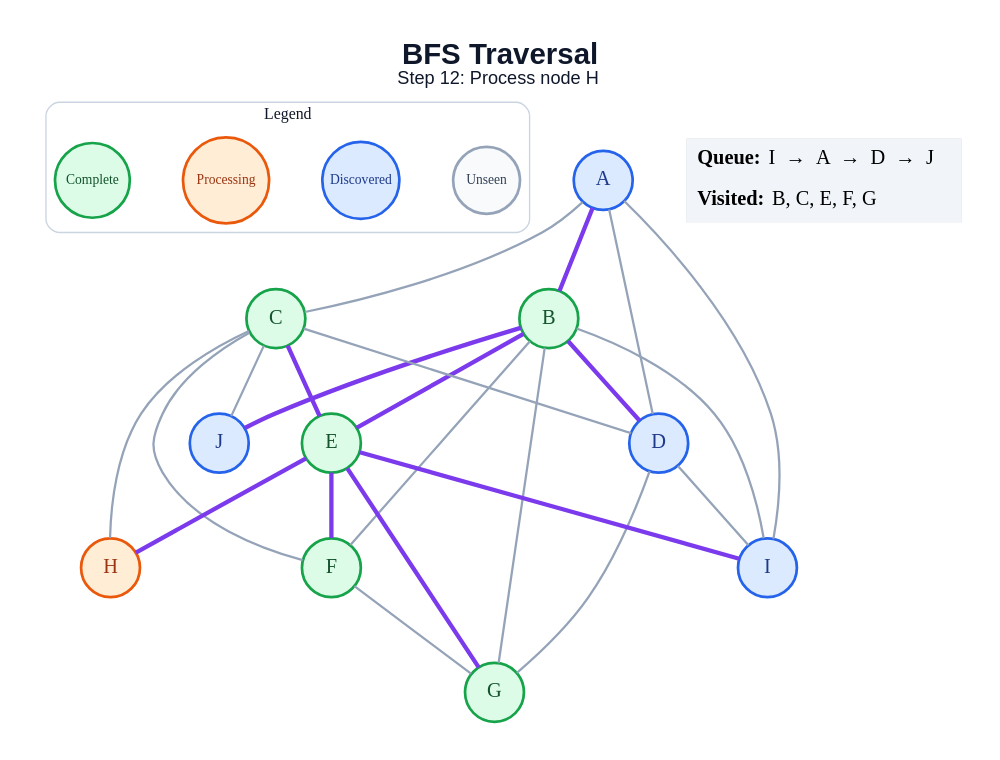
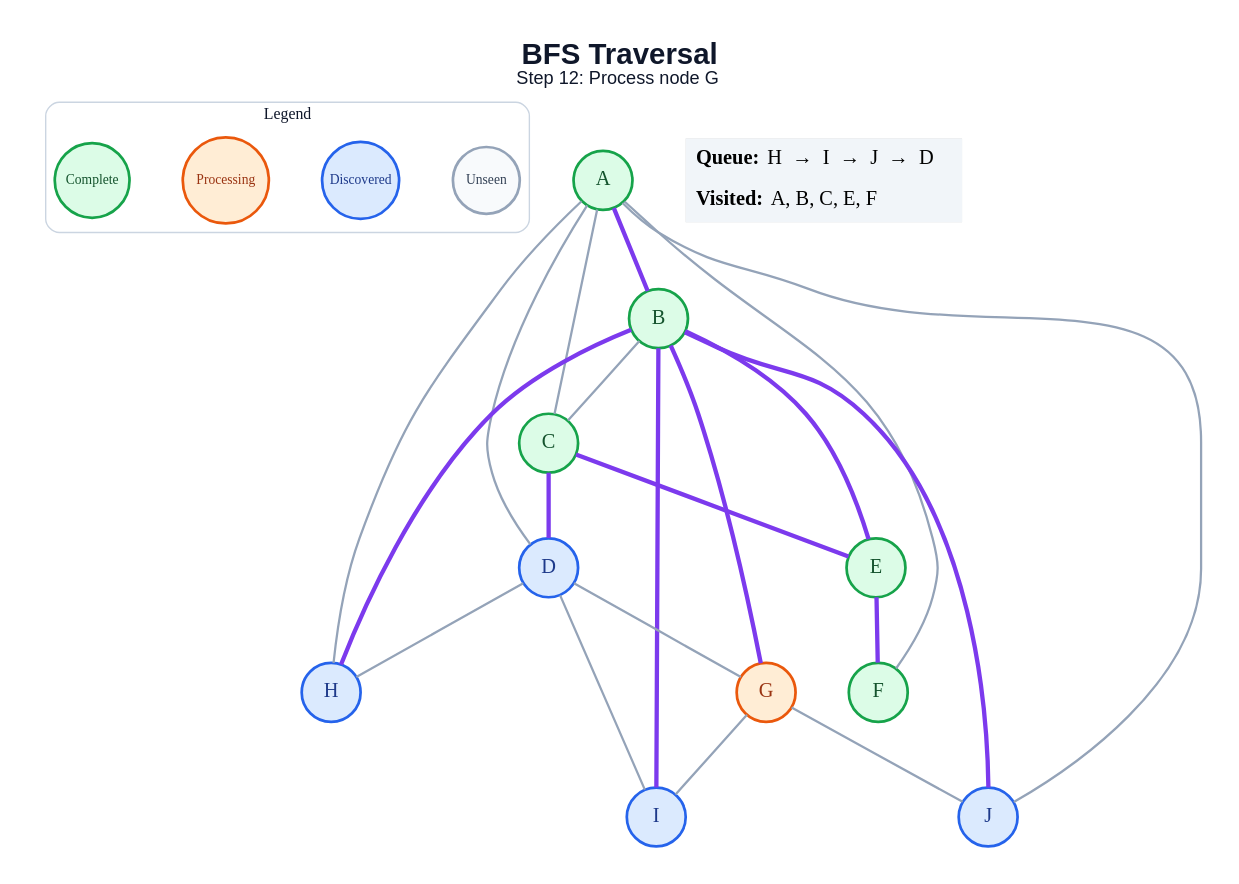
Before and after one commit to amanghodawala9/ai-slop: the diagram in generated/specific-node/bfs/step_12.dot, drawn with Graphviz. The commit also changed 178 other files, not shown here.

```diff
--- a/generated/specific-node/bfs/step_12.dot
+++ b/generated/specific-node/bfs/step_12.dot
@@ -1,51 +1,49 @@
 graph traversal {
   graph [layout=dot, rankdir=TB, bgcolor="#FFFFFF", pad="0.35", nodesep="0.65", ranksep="0.8", fontname="Arial"];
   node [shape=circle, style="filled", fontname="Arial Bold", fontsize=18, width=0.72, fixedsize=true, penwidth=2.4];
   edge [color="#94A3B8", penwidth=2.0];
-  label=<<B>BFS Traversal</B><BR/><FONT POINT-SIZE="16">Step 12: Process node H</FONT>>; labelloc="t"; fontsize=26; fontname="Arial"; fontcolor="#0F172A";
+  label=<<B>BFS Traversal</B><BR/><FONT POINT-SIZE="16">Step 12: Process node G</FONT>>; labelloc="t"; fontsize=26; fontname="Arial"; fontcolor="#0F172A";
   subgraph cluster_legend { label="Legend"; color="#CBD5E1"; penwidth=1.2; style="rounded"; fontsize=14; fontname="Arial Bold";
     key_unseen [label="Unseen", fillcolor="#F8FAFC", color="#94A3B8", fontcolor="#334155", fontsize=12, width=0.82];
     key_frontier [label="Discovered", fillcolor="#DBEAFE", color="#2563EB", fontcolor="#1E3A8A", fontsize=12, width=0.95];
     key_current [label="Processing", fillcolor="#FFEDD5", color="#EA580C", fontcolor="#9A3412", fontsize=12, width=1.05];
     key_done [label="Complete", fillcolor="#DCFCE7", color="#16A34A", fontcolor="#14532D", fontsize=12, width=0.92];
     { rank=same; key_unseen; key_frontier; key_current; key_done; }
   }
-  A [fillcolor="#DBEAFE", color="#2563EB", fontcolor="#1E3A8A"];
+  A [fillcolor="#DCFCE7", color="#16A34A", fontcolor="#14532D"];
   B [fillcolor="#DCFCE7", color="#16A34A", fontcolor="#14532D"];
   C [fillcolor="#DCFCE7", color="#16A34A", fontcolor="#14532D"];
   D [fillcolor="#DBEAFE", color="#2563EB", fontcolor="#1E3A8A"];
   E [fillcolor="#DCFCE7", color="#16A34A", fontcolor="#14532D"];
   F [fillcolor="#DCFCE7", color="#16A34A", fontcolor="#14532D"];
-  G [fillcolor="#DCFCE7", color="#16A34A", fontcolor="#14532D"];
-  H [fillcolor="#FFEDD5", color="#EA580C", fontcolor="#9A3412"];
+  G [fillcolor="#FFEDD5", color="#EA580C", fontcolor="#9A3412"];
+  H [fillcolor="#DBEAFE", color="#2563EB", fontcolor="#1E3A8A"];
   I [fillcolor="#DBEAFE", color="#2563EB", fontcolor="#1E3A8A"];
   J [fillcolor="#DBEAFE", color="#2563EB", fontcolor="#1E3A8A"];
   A -- B [color="#7C3AED", penwidth=3.8];
   A -- C;
   A -- D;
-  A -- I;
-  B -- D [color="#7C3AED", penwidth=3.8];
+  A -- F;
+  A -- H;
+  A -- J;
+  B -- C;
   B -- E [color="#7C3AED", penwidth=3.8];
-  B -- F;
-  B -- G;
-  B -- I;
+  B -- G [color="#7C3AED", penwidth=3.8];
+  B -- H [color="#7C3AED", penwidth=3.8];
+  B -- I [color="#7C3AED", penwidth=3.8];
   B -- J [color="#7C3AED", penwidth=3.8];
-  C -- D;
+  C -- D [color="#7C3AED", penwidth=3.8];
   C -- E [color="#7C3AED", penwidth=3.8];
-  C -- F;
-  C -- H;
-  C -- J;
   D -- G;
+  D -- H;
   D -- I;
   E -- F [color="#7C3AED", penwidth=3.8];
-  E -- G [color="#7C3AED", penwidth=3.8];
-  E -- H [color="#7C3AED", penwidth=3.8];
-  E -- I [color="#7C3AED", penwidth=3.8];
-  F -- G;
+  G -- I;
+  G -- J;
   status [shape=plain, fixedsize=false, width=0, height=0, margin=0, label=<
     <TABLE BORDER="0" CELLBORDER="0" CELLPADDING="7" BGCOLOR="#F1F5F9">
-      <TR><TD ALIGN="LEFT"><B>Queue:</B> I  →  A  →  D  →  J</TD></TR>
-      <TR><TD ALIGN="LEFT"><B>Visited:</B> B, C, E, F, G</TD></TR>
+      <TR><TD ALIGN="LEFT"><B>Queue:</B> H  →  I  →  J  →  D</TD></TR>
+      <TR><TD ALIGN="LEFT"><B>Visited:</B> A, B, C, E, F</TD></TR>
     </TABLE>
   >];
 }
```
